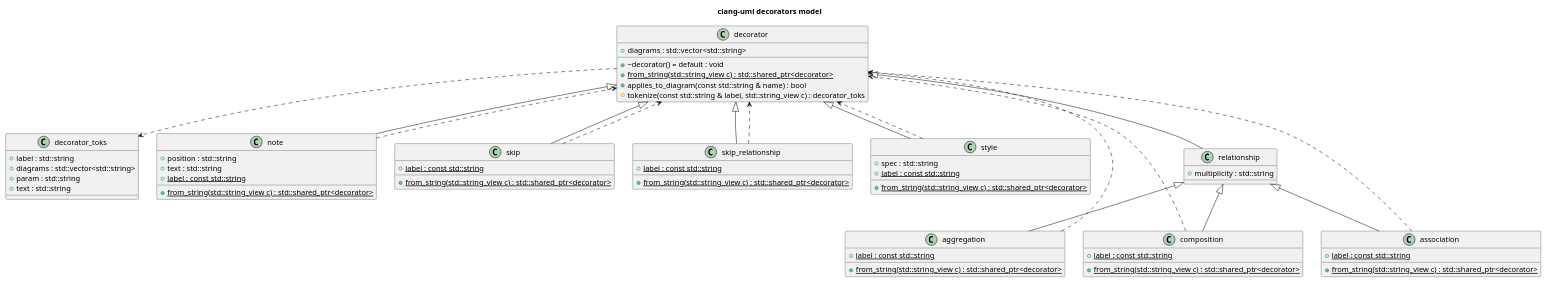
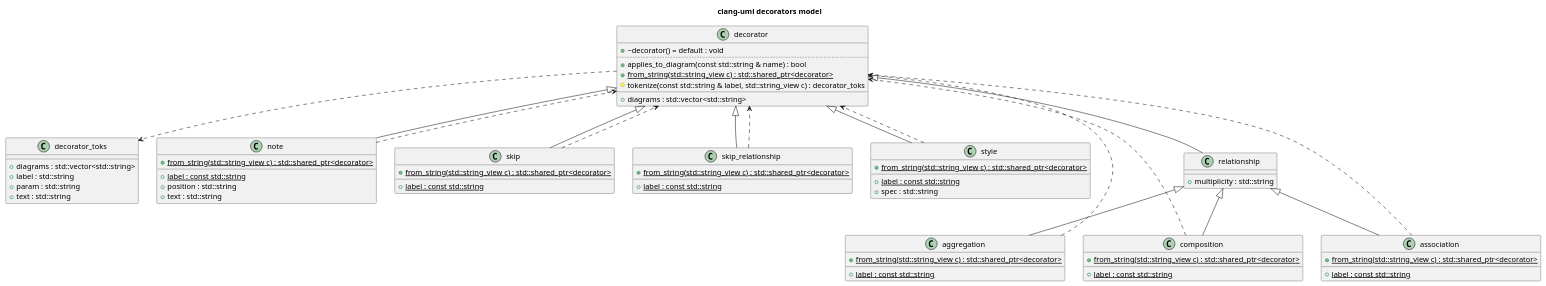
One commit to bkryza/clang-uml-examples changed the diagram in clang-uml/puml/decorators_class.puml. Above: the diagram before and after it, drawn with PlantUML. The commit also changed 101 other files, not shown here.

Commit message:
Updated diagrams

```diff
--- a/clang-uml/puml/decorators_class.puml
+++ b/clang-uml/puml/decorators_class.puml
@@ -1,79 +1,90 @@
 @startuml
 title clang-uml decorators model
 class "decorator_toks" as C_0000532301235174338361
-class C_0000532301235174338361 [[https://github.com/bkryza/clang-uml/blob/e2b772d8d6ed61adcb6dcd50003f96096df02f9e/src/decorators/decorators.h#L29{decorator_toks}]] {
-+label : std::string [[[https://github.com/bkryza/clang-uml/blob/e2b772d8d6ed61adcb6dcd50003f96096df02f9e/src/decorators/decorators.h#L30{label}]]]
-+diagrams : std::vector<std::string> [[[https://github.com/bkryza/clang-uml/blob/e2b772d8d6ed61adcb6dcd50003f96096df02f9e/src/decorators/decorators.h#L31{diagrams}]]]
-+param : std::string [[[https://github.com/bkryza/clang-uml/blob/e2b772d8d6ed61adcb6dcd50003f96096df02f9e/src/decorators/decorators.h#L32{param}]]]
-+text : std::string [[[https://github.com/bkryza/clang-uml/blob/e2b772d8d6ed61adcb6dcd50003f96096df02f9e/src/decorators/decorators.h#L33{text}]]]
+class C_0000532301235174338361 [[https://github.com/bkryza/clang-uml/blob/3d8a0ce428ce6b5e1e0585247ac90a82960dee8e/src/decorators/decorators.h#L29{decorator_toks}]] {
+__
++diagrams : std::vector<std::string> [[[https://github.com/bkryza/clang-uml/blob/3d8a0ce428ce6b5e1e0585247ac90a82960dee8e/src/decorators/decorators.h#L31{diagrams}]]]
++label : std::string [[[https://github.com/bkryza/clang-uml/blob/3d8a0ce428ce6b5e1e0585247ac90a82960dee8e/src/decorators/decorators.h#L30{label}]]]
++param : std::string [[[https://github.com/bkryza/clang-uml/blob/3d8a0ce428ce6b5e1e0585247ac90a82960dee8e/src/decorators/decorators.h#L32{param}]]]
++text : std::string [[[https://github.com/bkryza/clang-uml/blob/3d8a0ce428ce6b5e1e0585247ac90a82960dee8e/src/decorators/decorators.h#L33{text}]]]
 }
 class "decorator" as C_0001039481254924641333
-class C_0001039481254924641333 [[https://github.com/bkryza/clang-uml/blob/e2b772d8d6ed61adcb6dcd50003f96096df02f9e/src/decorators/decorators.h#L36{decorator}]] {
+class C_0001039481254924641333 [[https://github.com/bkryza/clang-uml/blob/3d8a0ce428ce6b5e1e0585247ac90a82960dee8e/src/decorators/decorators.h#L36{decorator}]] {
 +~decorator() = default : void
+..
++applies_to_diagram(const std::string & name) : bool
 {static} +from_string(std::string_view c) : std::shared_ptr<decorator>
-+applies_to_diagram(const std::string & name) : bool
 #tokenize(const std::string & label, std::string_view c) : decorator_toks
-+diagrams : std::vector<std::string> [[[https://github.com/bkryza/clang-uml/blob/e2b772d8d6ed61adcb6dcd50003f96096df02f9e/src/decorators/decorators.h#L37{diagrams}]]]
+__
++diagrams : std::vector<std::string> [[[https://github.com/bkryza/clang-uml/blob/3d8a0ce428ce6b5e1e0585247ac90a82960dee8e/src/decorators/decorators.h#L37{diagrams}]]]
 }
 class "note" as C_0001347272482812804274
-class C_0001347272482812804274 [[https://github.com/bkryza/clang-uml/blob/e2b772d8d6ed61adcb6dcd50003f96096df02f9e/src/decorators/decorators.h#L49{note}]] {
+class C_0001347272482812804274 [[https://github.com/bkryza/clang-uml/blob/3d8a0ce428ce6b5e1e0585247ac90a82960dee8e/src/decorators/decorators.h#L49{note}]] {
 {static} +from_string(std::string_view c) : std::shared_ptr<decorator>
-+position : std::string [[[https://github.com/bkryza/clang-uml/blob/e2b772d8d6ed61adcb6dcd50003f96096df02f9e/src/decorators/decorators.h#L52{position}]]]
-+text : std::string [[[https://github.com/bkryza/clang-uml/blob/e2b772d8d6ed61adcb6dcd50003f96096df02f9e/src/decorators/decorators.h#L53{text}]]]
-{static} +label : const std::string [[[https://github.com/bkryza/clang-uml/blob/e2b772d8d6ed61adcb6dcd50003f96096df02f9e/src/decorators/decorators.h#L50{label}]]]
+__
+{static} +label : const std::string [[[https://github.com/bkryza/clang-uml/blob/3d8a0ce428ce6b5e1e0585247ac90a82960dee8e/src/decorators/decorators.h#L50{label}]]]
++position : std::string [[[https://github.com/bkryza/clang-uml/blob/3d8a0ce428ce6b5e1e0585247ac90a82960dee8e/src/decorators/decorators.h#L52{position}]]]
++text : std::string [[[https://github.com/bkryza/clang-uml/blob/3d8a0ce428ce6b5e1e0585247ac90a82960dee8e/src/decorators/decorators.h#L53{text}]]]
 }
 class "skip" as C_0001462474947254948682
-class C_0001462474947254948682 [[https://github.com/bkryza/clang-uml/blob/e2b772d8d6ed61adcb6dcd50003f96096df02f9e/src/decorators/decorators.h#L58{skip}]] {
+class C_0001462474947254948682 [[https://github.com/bkryza/clang-uml/blob/3d8a0ce428ce6b5e1e0585247ac90a82960dee8e/src/decorators/decorators.h#L58{skip}]] {
 {static} +from_string(std::string_view c) : std::shared_ptr<decorator>
-{static} +label : const std::string [[[https://github.com/bkryza/clang-uml/blob/e2b772d8d6ed61adcb6dcd50003f96096df02f9e/src/decorators/decorators.h#L59{label}]]]
+__
+{static} +label : const std::string [[[https://github.com/bkryza/clang-uml/blob/3d8a0ce428ce6b5e1e0585247ac90a82960dee8e/src/decorators/decorators.h#L59{label}]]]
 }
 class "skip_relationship" as C_0000685427930366073750
-class C_0000685427930366073750 [[https://github.com/bkryza/clang-uml/blob/e2b772d8d6ed61adcb6dcd50003f96096df02f9e/src/decorators/decorators.h#L64{skip_relationship}]] {
+class C_0000685427930366073750 [[https://github.com/bkryza/clang-uml/blob/3d8a0ce428ce6b5e1e0585247ac90a82960dee8e/src/decorators/decorators.h#L64{skip_relationship}]] {
 {static} +from_string(std::string_view c) : std::shared_ptr<decorator>
-{static} +label : const std::string [[[https://github.com/bkryza/clang-uml/blob/e2b772d8d6ed61adcb6dcd50003f96096df02f9e/src/decorators/decorators.h#L65{label}]]]
+__
+{static} +label : const std::string [[[https://github.com/bkryza/clang-uml/blob/3d8a0ce428ce6b5e1e0585247ac90a82960dee8e/src/decorators/decorators.h#L65{label}]]]
 }
 class "style" as C_0000116269747867995555
-class C_0000116269747867995555 [[https://github.com/bkryza/clang-uml/blob/e2b772d8d6ed61adcb6dcd50003f96096df02f9e/src/decorators/decorators.h#L70{style}]] {
+class C_0000116269747867995555 [[https://github.com/bkryza/clang-uml/blob/3d8a0ce428ce6b5e1e0585247ac90a82960dee8e/src/decorators/decorators.h#L70{style}]] {
 {static} +from_string(std::string_view c) : std::shared_ptr<decorator>
-+spec : std::string [[[https://github.com/bkryza/clang-uml/blob/e2b772d8d6ed61adcb6dcd50003f96096df02f9e/src/decorators/decorators.h#L73{spec}]]]
-{static} +label : const std::string [[[https://github.com/bkryza/clang-uml/blob/e2b772d8d6ed61adcb6dcd50003f96096df02f9e/src/decorators/decorators.h#L71{label}]]]
+__
+{static} +label : const std::string [[[https://github.com/bkryza/clang-uml/blob/3d8a0ce428ce6b5e1e0585247ac90a82960dee8e/src/decorators/decorators.h#L71{label}]]]
++spec : std::string [[[https://github.com/bkryza/clang-uml/blob/3d8a0ce428ce6b5e1e0585247ac90a82960dee8e/src/decorators/decorators.h#L73{spec}]]]
 }
 class "relationship" as C_0001576276283144132872
-class C_0001576276283144132872 [[https://github.com/bkryza/clang-uml/blob/e2b772d8d6ed61adcb6dcd50003f96096df02f9e/src/decorators/decorators.h#L77{relationship}]] {
-+multiplicity : std::string [[[https://github.com/bkryza/clang-uml/blob/e2b772d8d6ed61adcb6dcd50003f96096df02f9e/src/decorators/decorators.h#L78{multiplicity}]]]
+class C_0001576276283144132872 [[https://github.com/bkryza/clang-uml/blob/3d8a0ce428ce6b5e1e0585247ac90a82960dee8e/src/decorators/decorators.h#L77{relationship}]] {
+__
++multiplicity : std::string [[[https://github.com/bkryza/clang-uml/blob/3d8a0ce428ce6b5e1e0585247ac90a82960dee8e/src/decorators/decorators.h#L78{multiplicity}]]]
 }
 class "aggregation" as C_0000175979950567138488
-class C_0000175979950567138488 [[https://github.com/bkryza/clang-uml/blob/e2b772d8d6ed61adcb6dcd50003f96096df02f9e/src/decorators/decorators.h#L81{aggregation}]] {
+class C_0000175979950567138488 [[https://github.com/bkryza/clang-uml/blob/3d8a0ce428ce6b5e1e0585247ac90a82960dee8e/src/decorators/decorators.h#L81{aggregation}]] {
 {static} +from_string(std::string_view c) : std::shared_ptr<decorator>
-{static} +label : const std::string [[[https://github.com/bkryza/clang-uml/blob/e2b772d8d6ed61adcb6dcd50003f96096df02f9e/src/decorators/decorators.h#L82{label}]]]
+__
+{static} +label : const std::string [[[https://github.com/bkryza/clang-uml/blob/3d8a0ce428ce6b5e1e0585247ac90a82960dee8e/src/decorators/decorators.h#L82{label}]]]
 }
 class "composition" as C_0001028911016492067053
-class C_0001028911016492067053 [[https://github.com/bkryza/clang-uml/blob/e2b772d8d6ed61adcb6dcd50003f96096df02f9e/src/decorators/decorators.h#L87{composition}]] {
+class C_0001028911016492067053 [[https://github.com/bkryza/clang-uml/blob/3d8a0ce428ce6b5e1e0585247ac90a82960dee8e/src/decorators/decorators.h#L87{composition}]] {
 {static} +from_string(std::string_view c) : std::shared_ptr<decorator>
-{static} +label : const std::string [[[https://github.com/bkryza/clang-uml/blob/e2b772d8d6ed61adcb6dcd50003f96096df02f9e/src/decorators/decorators.h#L88{label}]]]
+__
+{static} +label : const std::string [[[https://github.com/bkryza/clang-uml/blob/3d8a0ce428ce6b5e1e0585247ac90a82960dee8e/src/decorators/decorators.h#L88{label}]]]
 }
 class "association" as C_0001534243399456949265
-class C_0001534243399456949265 [[https://github.com/bkryza/clang-uml/blob/e2b772d8d6ed61adcb6dcd50003f96096df02f9e/src/decorators/decorators.h#L93{association}]] {
+class C_0001534243399456949265 [[https://github.com/bkryza/clang-uml/blob/3d8a0ce428ce6b5e1e0585247ac90a82960dee8e/src/decorators/decorators.h#L93{association}]] {
 {static} +from_string(std::string_view c) : std::shared_ptr<decorator>
-{static} +label : const std::string [[[https://github.com/bkryza/clang-uml/blob/e2b772d8d6ed61adcb6dcd50003f96096df02f9e/src/decorators/decorators.h#L94{label}]]]
+__
+{static} +label : const std::string [[[https://github.com/bkryza/clang-uml/blob/3d8a0ce428ce6b5e1e0585247ac90a82960dee8e/src/decorators/decorators.h#L94{label}]]]
 }
 C_0001039481254924641333 ..> C_0000532301235174338361
 C_0001347272482812804274 ..> C_0001039481254924641333
 C_0001039481254924641333 <|-- C_0001347272482812804274
 C_0001462474947254948682 ..> C_0001039481254924641333
 C_0001039481254924641333 <|-- C_0001462474947254948682
 C_0000685427930366073750 ..> C_0001039481254924641333
 C_0001039481254924641333 <|-- C_0000685427930366073750
 C_0000116269747867995555 ..> C_0001039481254924641333
 C_0001039481254924641333 <|-- C_0000116269747867995555
 C_0001039481254924641333 <|-- C_0001576276283144132872
 C_0000175979950567138488 ..> C_0001039481254924641333
 C_0001576276283144132872 <|-- C_0000175979950567138488
 C_0001028911016492067053 ..> C_0001039481254924641333
 C_0001576276283144132872 <|-- C_0001028911016492067053
 C_0001534243399456949265 ..> C_0001039481254924641333
 C_0001576276283144132872 <|-- C_0001534243399456949265
 
-'Generated with clang-uml, version 0.3.5-1-g9a5a152
+'Generated with clang-uml, version 0.3.6-32-g20fe6b1
 'LLVM version Ubuntu clang version 15.0.6
 @enduml
```
